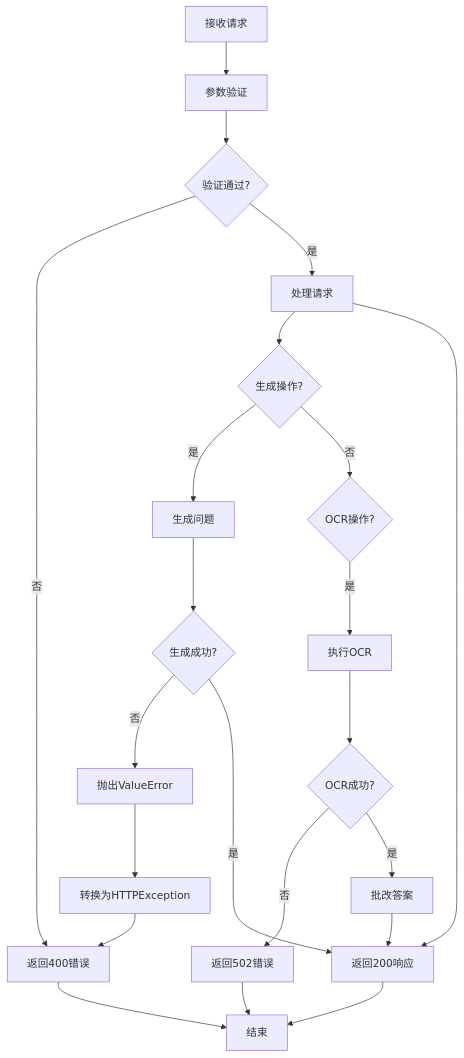
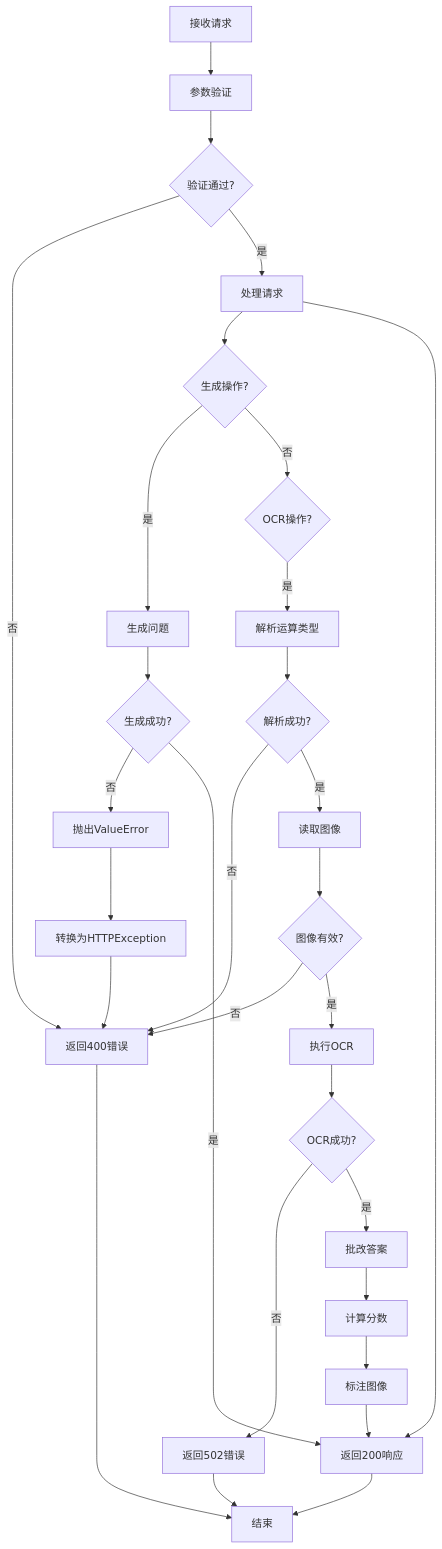
Diagram 16 of 17 in .qoder/repowiki/zh/content/项目结构/Web API接口.md (SimonWHL/math-learning), drawn with Mermaid before and after one commit. The commit also changed other lines of this file and 4 other files, not shown here.

````diff
--- a/.qoder/repowiki/zh/content/项目结构/Web API接口.md
+++ b/.qoder/repowiki/zh/content/项目结构/Web API接口.md
@@ -536,24 +718,32 @@
 ```mermaid
 flowchart TD
 Request[接收请求] --> Validate[参数验证]
 Validate --> Valid{验证通过?}
 Valid --> |否| BadRequest[返回400错误]
 Valid --> |是| Process[处理请求]
 Process --> Generate{生成操作?}
 Generate --> |是| GenerateProblems[生成问题]
 GenerateProblems --> GenerateOK{生成成功?}
 GenerateOK --> |否| ValueError[抛出ValueError]
 GenerateOK --> |是| Success[返回200响应]
 Generate --> |否| OCR{OCR操作?}
-OCR --> |是| RunOCR[执行OCR]
+OCR --> |是| ParseOps[解析运算类型]
+ParseOps --> ParseOK{解析成功?}
+ParseOK --> |否| BadRequest
+ParseOK --> |是| ReadImage[读取图像]
+ReadImage --> ImageOK{图像有效?}
+ImageOK --> |否| BadRequest
+ImageOK --> |是| RunOCR[执行OCR]
 RunOCR --> OCRSuccess{OCR成功?}
 OCRSuccess --> |否| CloudError[返回502错误]
 OCRSuccess --> |是| CheckAnswers[批改答案]
-CheckAnswers --> Success
+CheckAnswers --> ComputeScore[计算分数]
+ComputeScore --> AnnotateImage[标注图像]
+AnnotateImage --> Success
 Process --> Success
 ValueError --> HTTPException[转换为HTTPException]
 HTTPException --> BadRequest
 Success --> End[结束]
 CloudError --> End
 BadRequest --> End
 ```
````
